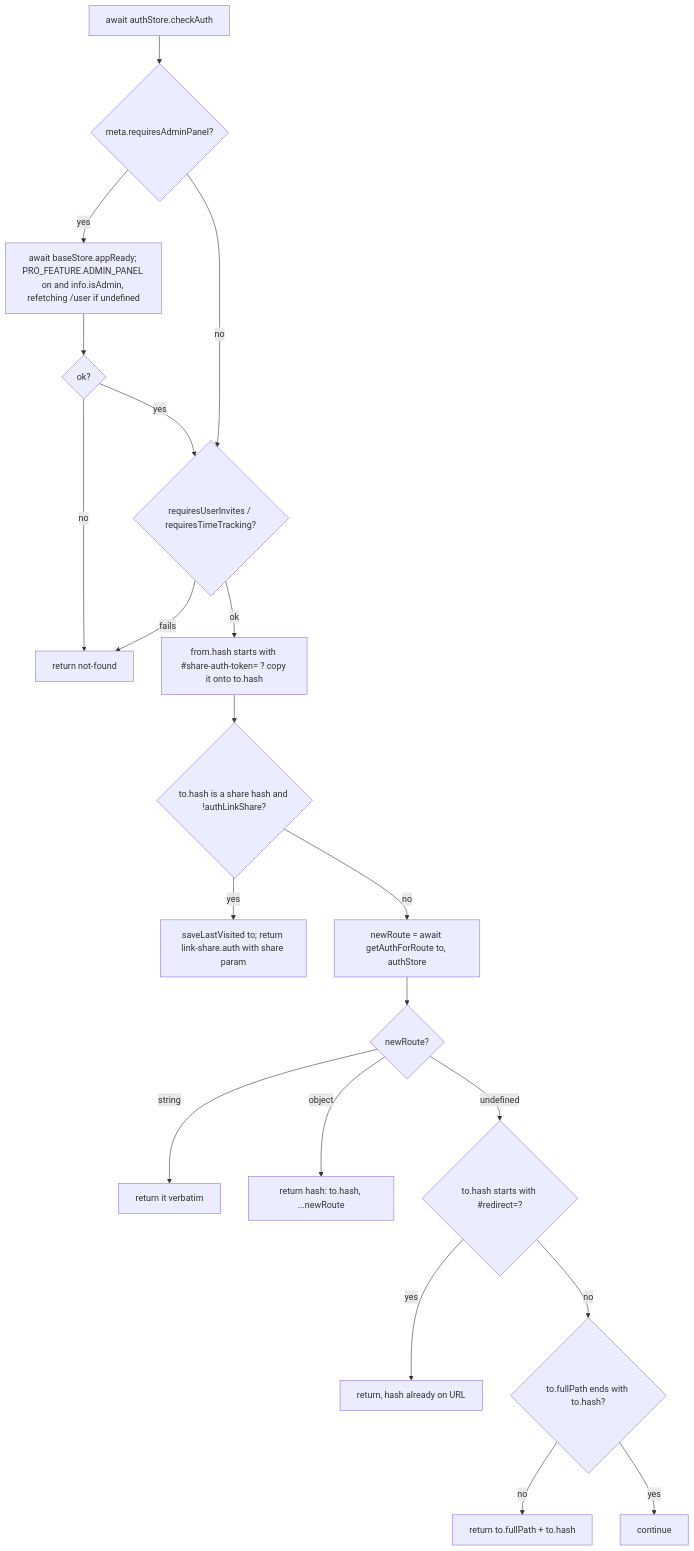
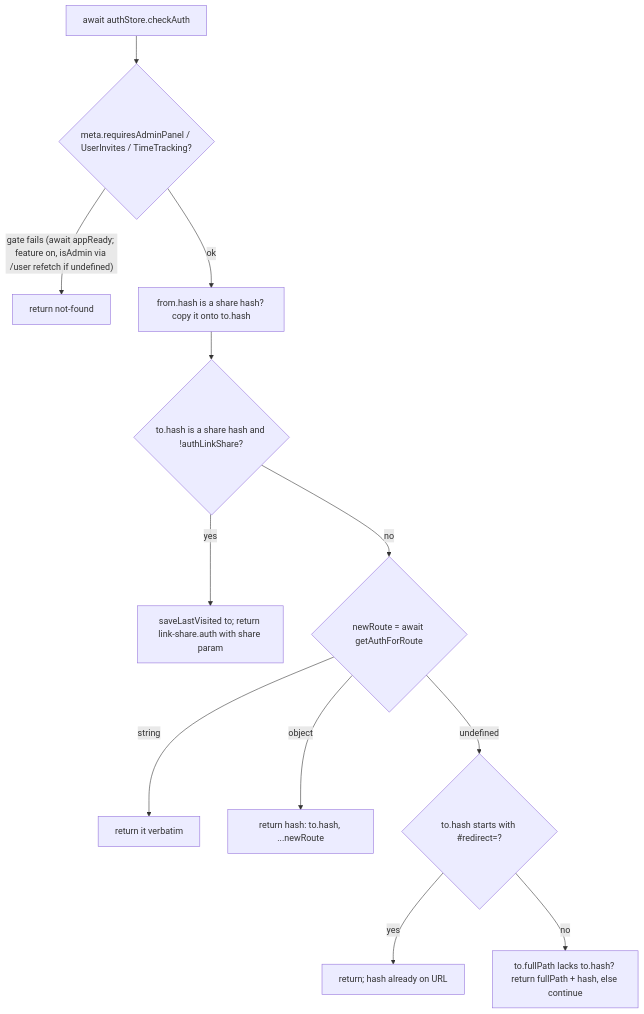
Before and after one commit to talbama/vikunja-port: the diagram in .agents/wiki/components/frontend/bootstrap-and-routing.md, drawn with Mermaid. The commit also changed other lines of this file and 57 other files, not shown here.

````diff
--- a/.agents/wiki/components/frontend/bootstrap-and-routing.md
+++ b/.agents/wiki/components/frontend/bootstrap-and-routing.md
@@ -102,21 +102,14 @@
 ```mermaid
 flowchart TD
-    A[await authStore.checkAuth] --> B{meta.requiresAdminPanel?}
-    B -- yes --> B1[await baseStore.appReady; PRO_FEATURE.ADMIN_PANEL on and info.isAdmin, refetching /user if undefined] --> B2{ok?}
-    B2 -- no --> NF[return not-found]
-    B2 -- yes --> C
-    B -- no --> C{requiresUserInvites / requiresTimeTracking?}
-    C -- fails --> NF
-    C -- ok --> D[from.hash starts with #share-auth-token= ? copy it onto to.hash]
+    A[await authStore.checkAuth] --> B{meta.requiresAdminPanel / UserInvites / TimeTracking?}
+    B -- "gate fails (await appReady; feature on, isAdmin via /user refetch if undefined)" --> NF[return not-found]
+    B -- ok --> D[from.hash is a share hash? copy it onto to.hash]
     D --> E{to.hash is a share hash and !authLinkShare?}
     E -- yes --> E1[saveLastVisited to; return link-share.auth with share param]
-    E -- no --> F[newRoute = await getAuthForRoute to, authStore]
-    F --> G{newRoute?}
-    G -- string --> G1[return it verbatim]
-    G -- object --> G2[return hash: to.hash, ...newRoute]
-    G -- undefined --> H{to.hash starts with #redirect=?}
-    H -- yes --> I[return, hash already on URL]
-    H -- no --> J{to.fullPath ends with to.hash?}
-    J -- no --> K[return to.fullPath + to.hash]
-    J -- yes --> L[continue]
+    E -- no --> F{newRoute = await getAuthForRoute}
+    F -- string --> G1[return it verbatim]
+    F -- object --> G2[return hash: to.hash, ...newRoute]
+    F -- undefined --> H{to.hash starts with #redirect=?}
+    H -- yes --> I[return; hash already on URL]
+    H -- no --> J[to.fullPath lacks to.hash? return fullPath + hash, else continue]
 ```
````
